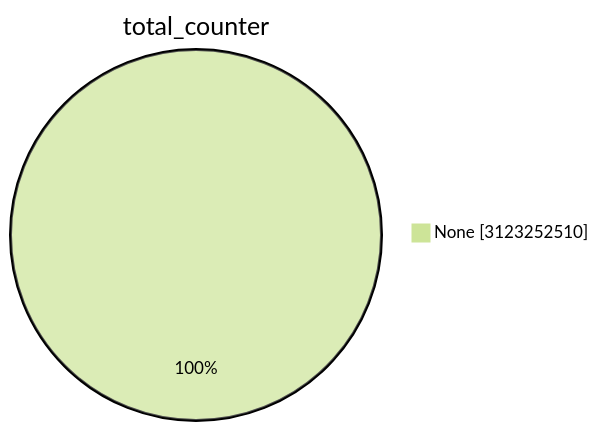
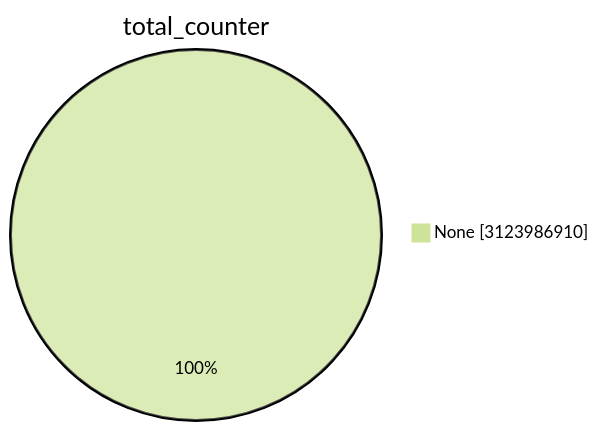
Before and after one commit to christiankrug/ctmonitor_visualization: the first of 15 diagrams in TOTAL/README.md, drawn with Mermaid (forest theme). The commit also changed other lines of this file, not shown here.

````diff
--- a/TOTAL/README.md
+++ b/TOTAL/README.md
@@ -1,5 +1,5 @@
 ```mermaid
 pie showData
 title total_counter
-"None" :3123252510
+"None" :3123986910
 ```
````
